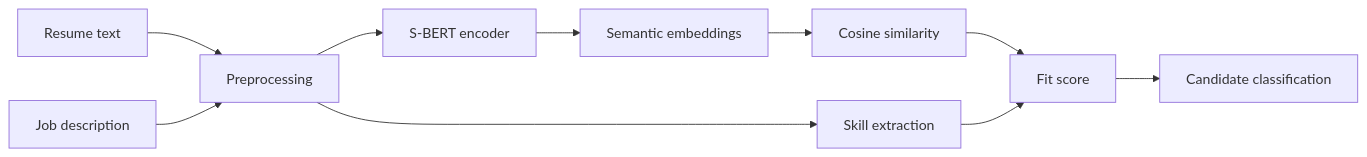
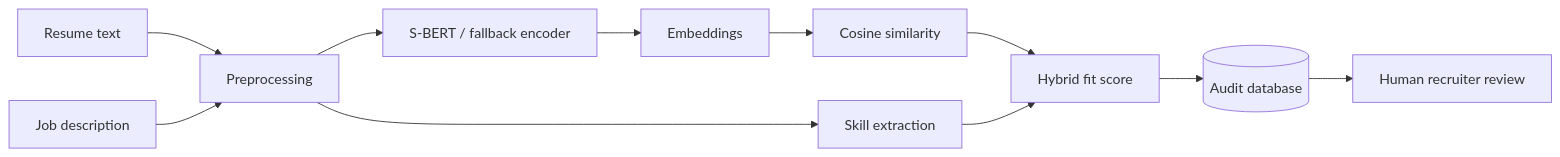
Before and after one commit to rsswethaa/resume-analyser-classifier: the diagram in README.md, drawn with Mermaid. The commit also changed other lines of this file and 12 other files, not shown here.

Commit message:
Add database audit layer, fairness docs and complete project package

````diff
--- a/README.md
+++ b/README.md
@@ -14,12 +19,13 @@
 ```mermaid
 flowchart LR
   R[Resume text] --> P[Preprocessing]
   J[Job description] --> P
-  P --> S[S-BERT encoder]
-  S --> E[Semantic embeddings]
+  P --> S[S-BERT / fallback encoder]
+  S --> E[Embeddings]
   E --> C[Cosine similarity]
   P --> K[Skill extraction]
-  C --> F[Fit score]
+  C --> F[Hybrid fit score]
   K --> F
-  F --> L[Candidate classification]
+  F --> DB[(Audit database)]
+  DB --> H[Human recruiter review]
 ```
````
